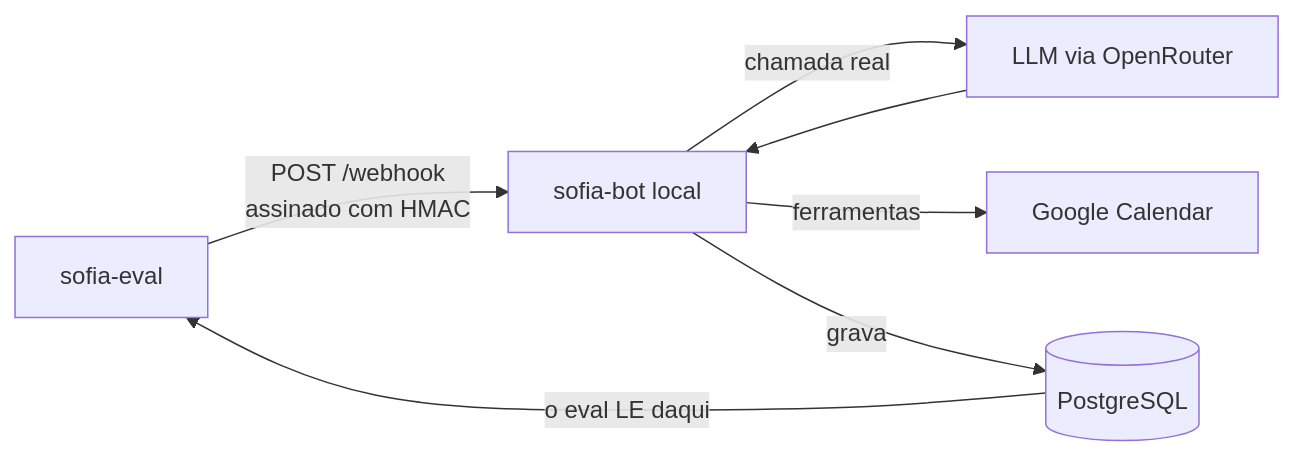
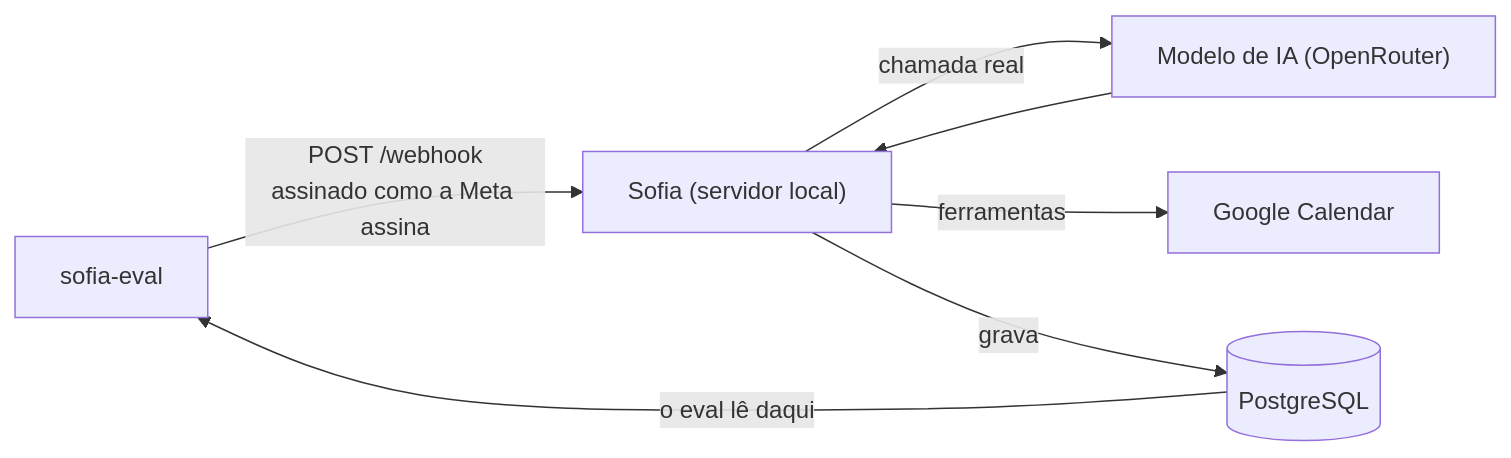
One commit to andrenv14/sofia-eval changed the first of 2 diagrams in README.md. Above: the diagram before and after it, drawn with Mermaid. The commit also changed other lines of this file, not shown here.

````diff
--- a/README.md
+++ b/README.md
@@ -39,9 +38,9 @@
 ```mermaid
 flowchart LR
-  E[sofia-eval] -->|"POST /webhook<br/>assinado com HMAC"| S[sofia-bot local]
-  S -->|chamada real| L[LLM via OpenRouter]
+  E["sofia-eval"] -->|"POST /webhook<br/>assinado como a Meta assina"| S["Sofia (servidor local)"]
+  S -->|"chamada real"| L["Modelo de IA (OpenRouter)"]
   L --> S
-  S -->|ferramentas| G[Google Calendar]
-  S -->|grava| P[(PostgreSQL)]
-  P -->|"o eval LE daqui"| E
+  S -->|"ferramentas"| G["Google Calendar"]
+  S -->|"grava"| P[("PostgreSQL")]
+  P -->|"o eval lê daqui"| E
 ```
````
